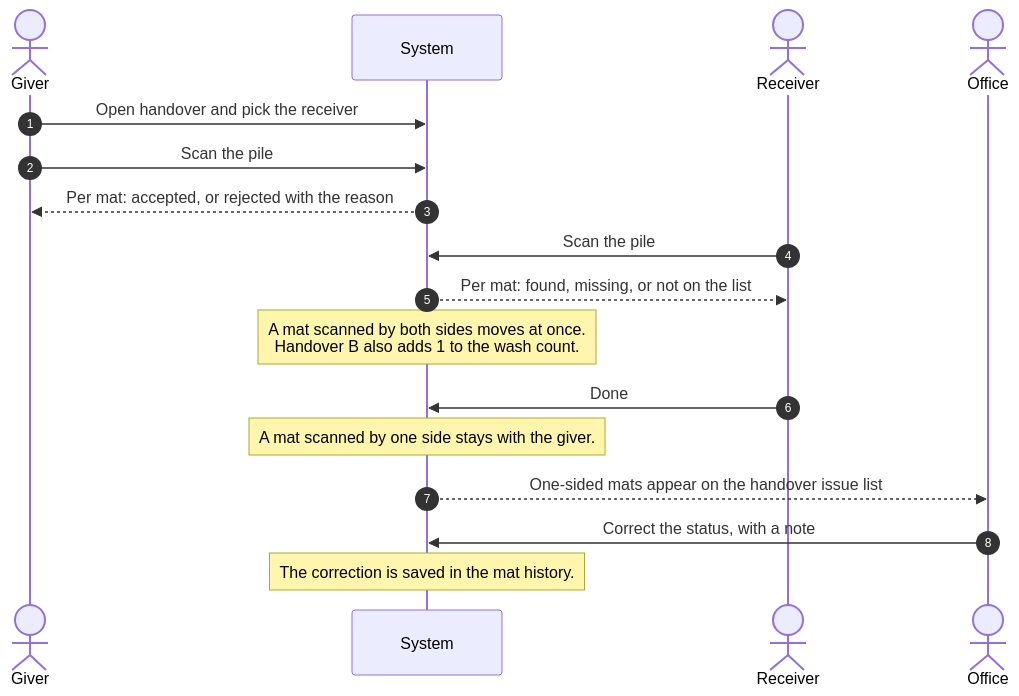
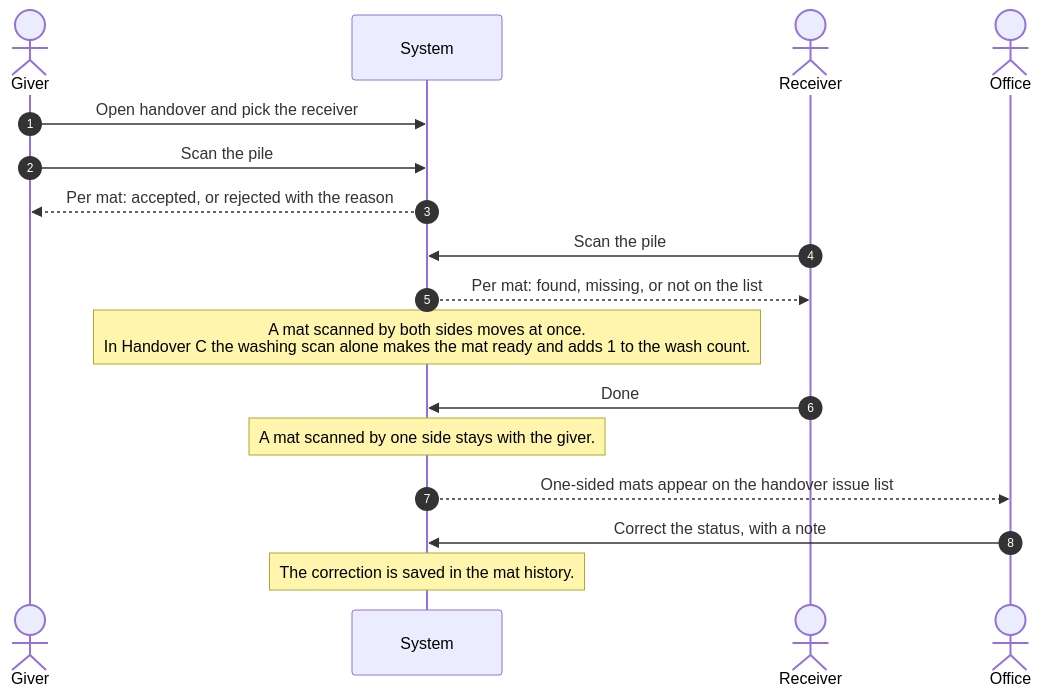
Before and after one commit to Naveenrawat-max/laundry-poc: the third of 3 diagrams in README.md, drawn with Mermaid. The commit also changed other lines of this file and 5 other files, not shown here.

````diff
--- a/README.md
+++ b/README.md
@@ -187,20 +187,20 @@
 ```mermaid
 sequenceDiagram
     autonumber
     actor G as Giver
     participant S as System
     actor R as Receiver
     actor O as Office
 
     G->>S: Open handover and pick the receiver
     G->>S: Scan the pile
     S-->>G: Per mat: accepted, or rejected with the reason
     R->>S: Scan the pile
     S-->>R: Per mat: found, missing, or not on the list
-    Note over S: A mat scanned by both sides moves at once.<br/>Handover B also adds 1 to the wash count.
+    Note over S: A mat scanned by both sides moves at once.<br/>In Handover C the washing scan alone makes the mat ready and adds 1 to the wash count.
     R->>S: Done
     Note over S: A mat scanned by one side stays with the giver.
     S-->>O: One-sided mats appear on the handover issue list
     O->>S: Correct the status, with a note
     Note over S: The correction is saved in the mat history.
 ```
````
